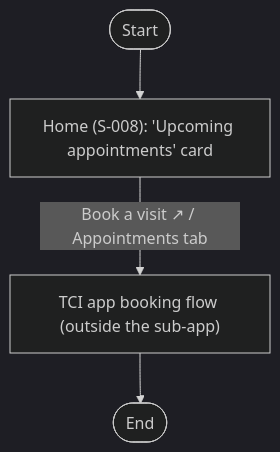
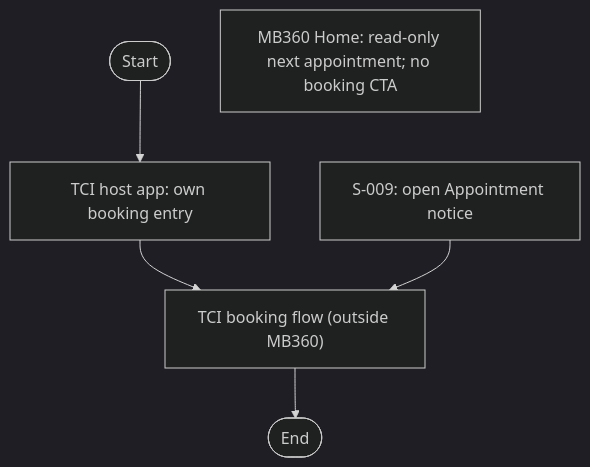
One commit to PromotedKing/dbiz3-team-a-rubric changed diagram 14 of 23 in docs/architecture/usage-flow.md. Above: the diagram before and after it, drawn with Mermaid (dark theme). The commit also changed other lines of this file and 25 other files, not shown here.

````diff
--- a/docs/architecture/usage-flow.md
+++ b/docs/architecture/usage-flow.md
@@ -170,4 +170,6 @@
 ```mermaid
 flowchart TD
-    S(["Start"]) --> H["Home (S-008): 'Upcoming appointments' card"] -->|"Book a visit ↗ / Appointments tab"| TCI["TCI app booking flow (outside the sub-app)"] --> E(["End"])
+    S(["Start"]) --> TCI["TCI host app: own booking entry"] --> B["TCI booking flow (outside MB360)"] --> E(["End"])
+    H["MB360 Home: read-only next appointment; no booking CTA"]
+    N["S-009: open Appointment notice"] --> B
 ```
````
